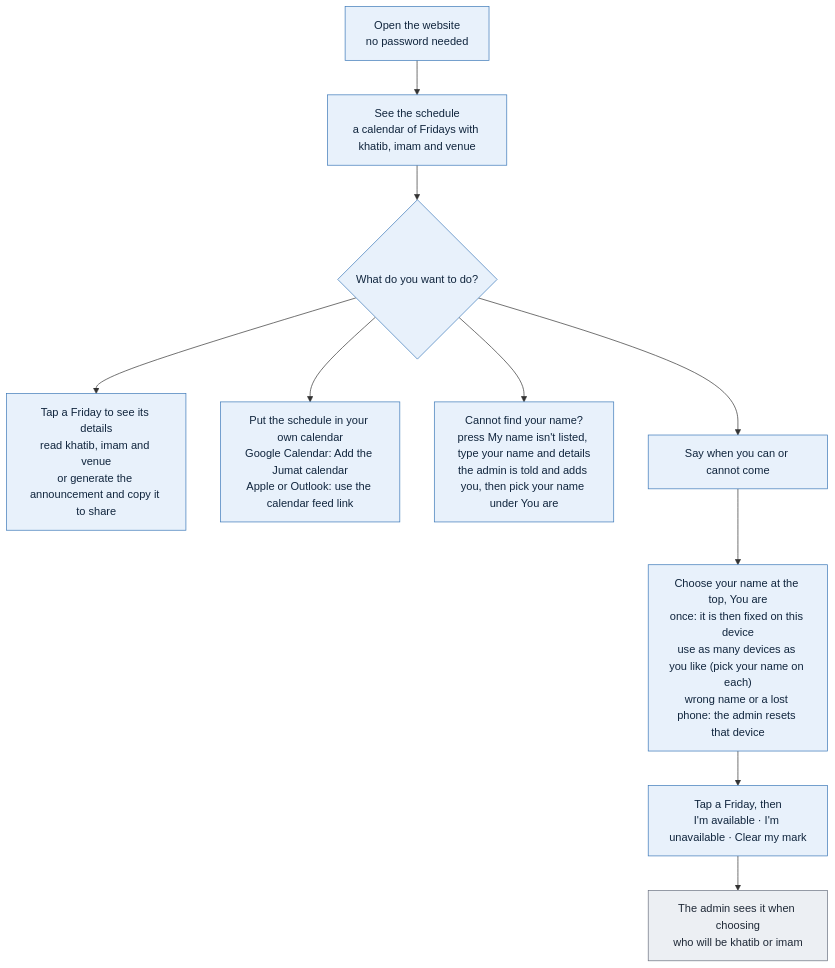
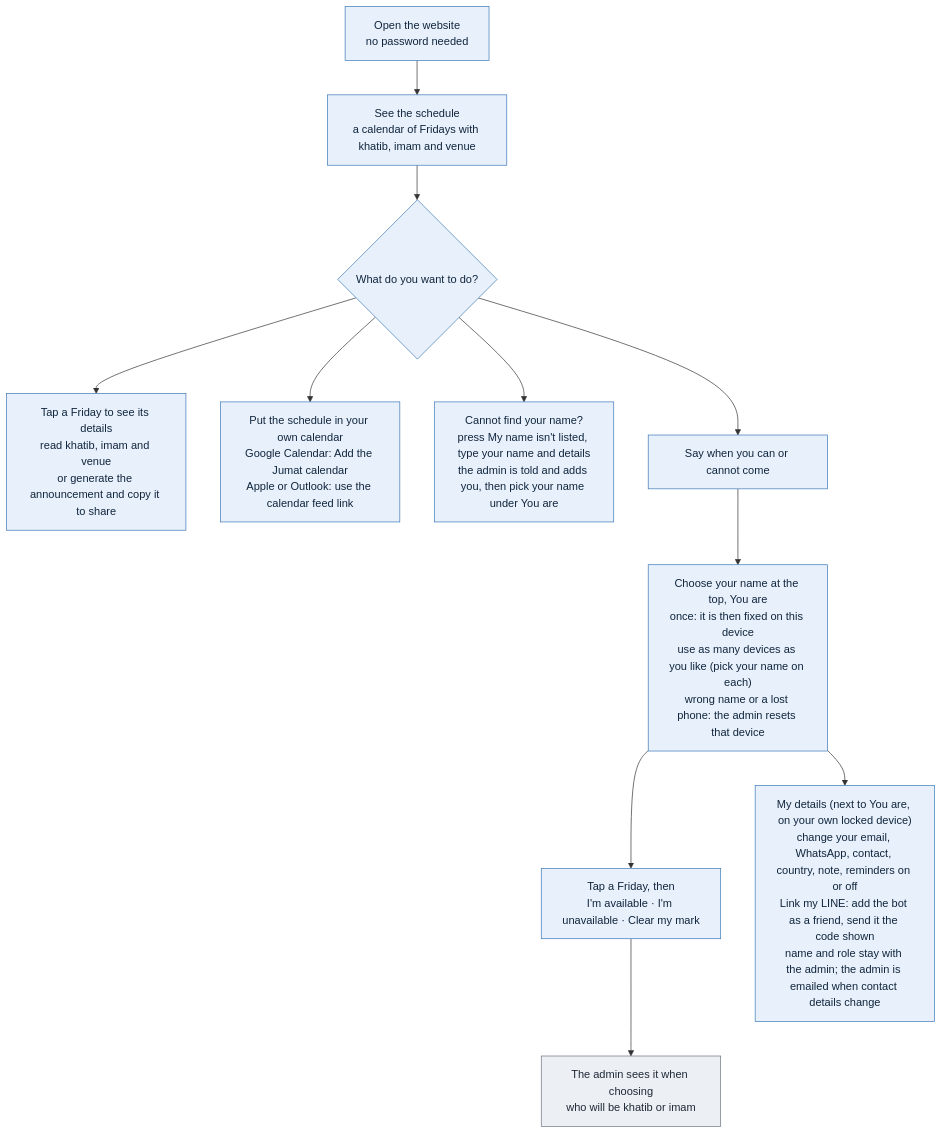
One commit to mushaffarasyidridha/Jumat-Scheduler-NAIST changed the diagram in public/flows/member.mmd. Above: the diagram before and after it, drawn with Mermaid. The commit also changed 11 other files, not shown here.

First line of the commit message:
My details: members edit their own roster entry and link their own LINE

```diff
--- a/public/flows/member.mmd
+++ b/public/flows/member.mmd
@@ -1,16 +1,17 @@
 flowchart TD
   A["Open the website<br/>no password needed"] --> B["See the schedule<br/>a calendar of Fridays with khatib, imam and venue"]
   B --> C{"What do you want to do?"}
 
   C --> D["Tap a Friday to see its details<br/>read khatib, imam and venue<br/>or generate the announcement and copy it to share"]
   C --> E["Put the schedule in your own calendar<br/>Google Calendar: Add the Jumat calendar<br/>Apple or Outlook: use the calendar feed link"]
   C --> N["Cannot find your name?<br/>press My name isn't listed, type your name and details<br/>the admin is told and adds you, then pick your name under You are"]
   C --> F["Say when you can or cannot come"]
   F --> F1["Choose your name at the top, You are<br/>once: it is then fixed on this device<br/>use as many devices as you like (pick your name on each)<br/>wrong name or a lost phone: the admin resets that device"]
   F1 --> F2["Tap a Friday, then<br/>I'm available · I'm unavailable · Clear my mark"]
   F2 --> F3["The admin sees it when choosing<br/>who will be khatib or imam"]
+  F1 --> M["My details (next to You are, on your own locked device)<br/>change your email, WhatsApp, contact, country, note, reminders on or off<br/>Link my LINE: add the bot as a friend, send it the code shown<br/>name and role stay with the admin; the admin is emailed when contact details change"]
 
   classDef member fill:#e8f1fb,stroke:#3b78b8,color:#10253d
   classDef robot fill:#eceff3,stroke:#6b7280,color:#1f2937
-  class A,B,C,D,E,F,F1,F2,N member
+  class A,B,C,D,E,F,F1,F2,N,M member
   class F3 robot
```
